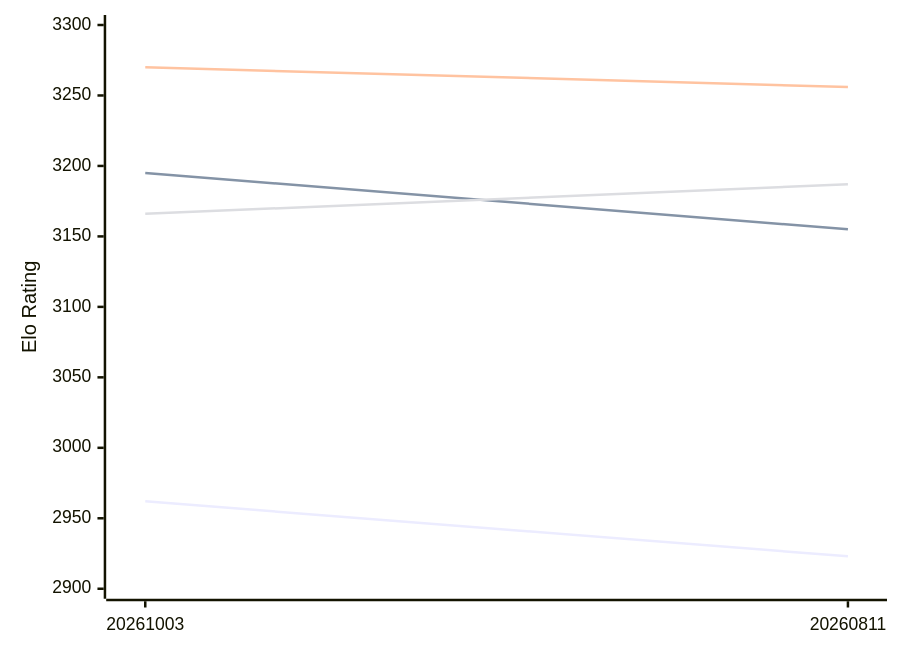
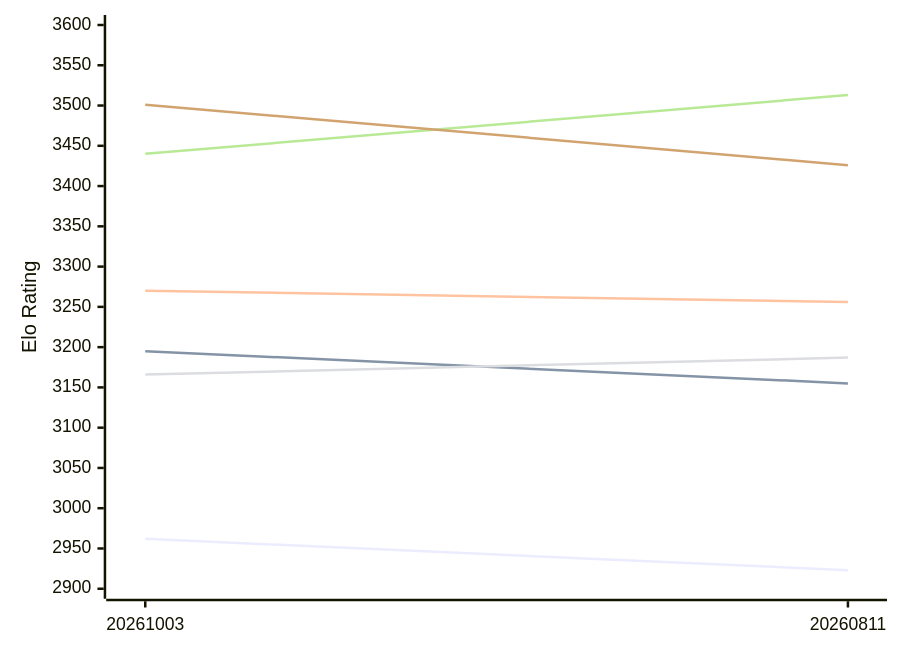
The first of 2 diagrams in engines/Askaig.md (computer-chess-index/cci), drawn with Mermaid before and after one commit. The commit also changed other lines of this file, not shown here.

Commit message:
Update CCI Ratings (ELO VLTC) - 2026-10-11

````diff
--- a/engines/Askaig.md
+++ b/engines/Askaig.md
@@ -52,12 +52,12 @@
 ```mermaid
 %%{init: {"theme":"base","themeVariables":{"seriesColors:['#a3a3a3','#222221','#faa371']}}}%%
 xychart-beta
   x-axis ["20261003", "20260811"]
-  y-axis "Elo Rating" 2900 --> 3300
+  y-axis "Elo Rating" 2900 --> 3600
   line "E1: STC (8.0+0.08s)" [2962, 2923]
   line "E1: LTC (60.0+0.60s)" [3195, 3155]
   line "E1: VLTC (2m24s+1.12s)" [3270, 3256]
   line "P1: STC (8.0+0.08s)" [3166, 3187]
   line "P1: LTC (60.0+0.60s)" [3440, 3513]
   line "P1: VLTC (2m24s+1.12s)" [3501, 3426]
 ```
````
